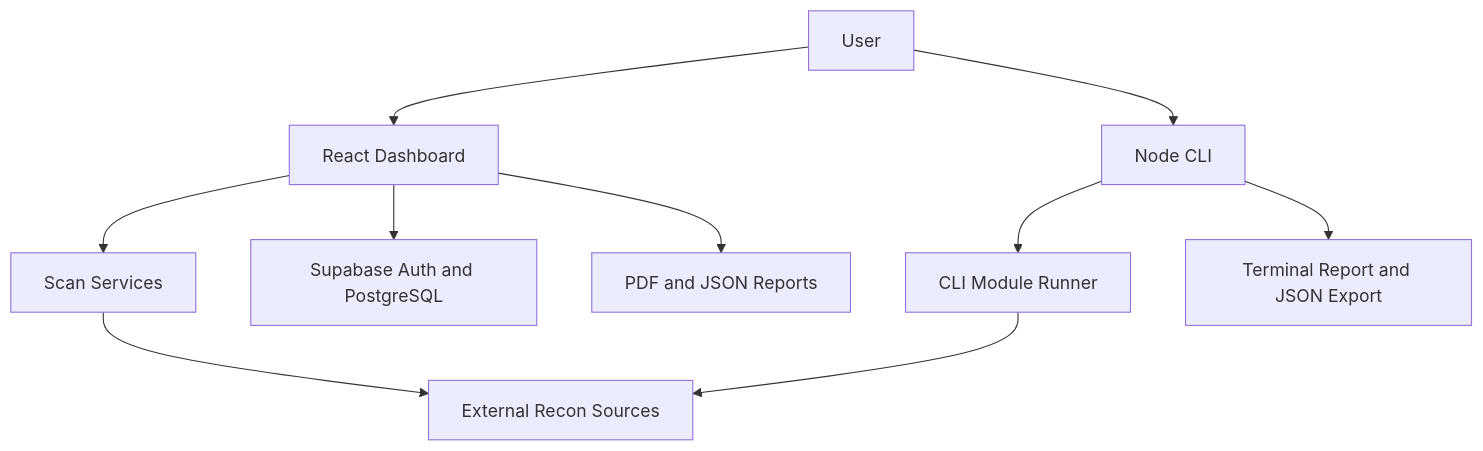
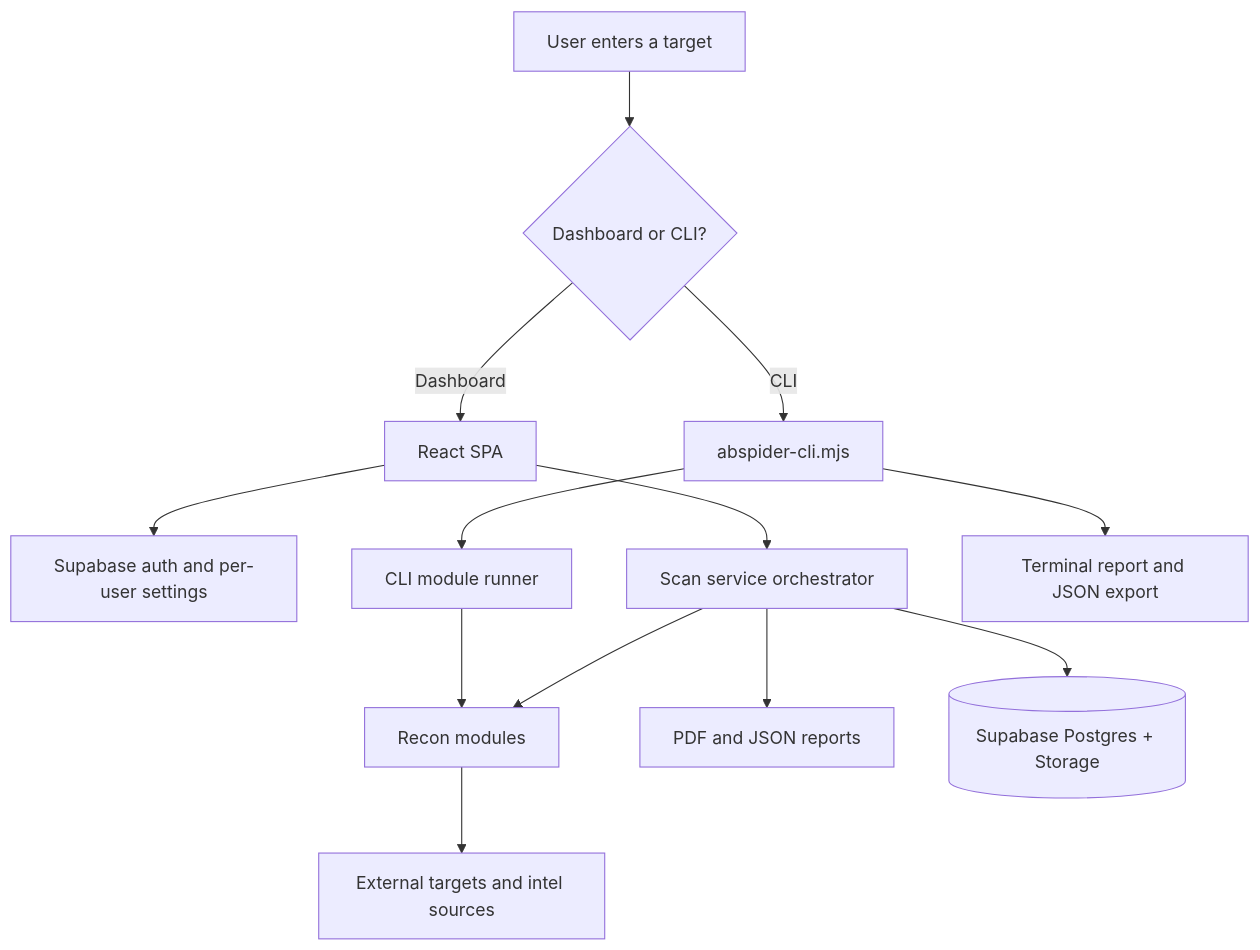
The first of 2 diagrams in README.md (zanesense/abspider-recon), drawn with Mermaid before and after one commit. The commit also changed other lines of this file and 23 other files, not shown here.

````diff
--- a/README.md
+++ b/README.md
@@ -89,12 +154,15 @@
 ```mermaid
 flowchart TD
-    U[User] --> D[React Dashboard]
-    U --> C[Node CLI]
-    D --> S[Scan Services]
-    C --> M[CLI Module Runner]
-    S --> X[External Recon Sources]
+    A[User enters a target] --> B{Dashboard or CLI?}
+    B -- Dashboard --> D[React SPA]
+    B -- CLI --> C[abspider-cli.mjs]
+    D --> E[Supabase auth and per-user settings]
+    D --> F[Scan service orchestrator]
+    C --> M[CLI module runner]
+    F --> X[Recon modules]
     M --> X
-    D --> DB[Supabase Auth and PostgreSQL]
-    D --> R[PDF and JSON Reports]
-    C --> J[Terminal Report and JSON Export]
+    X --> Y[External targets and intel sources]
+    F --> R[PDF and JSON reports]
+    C --> J[Terminal report and JSON export]
+    F --> DB[(Supabase Postgres + Storage)]
 ```
````
